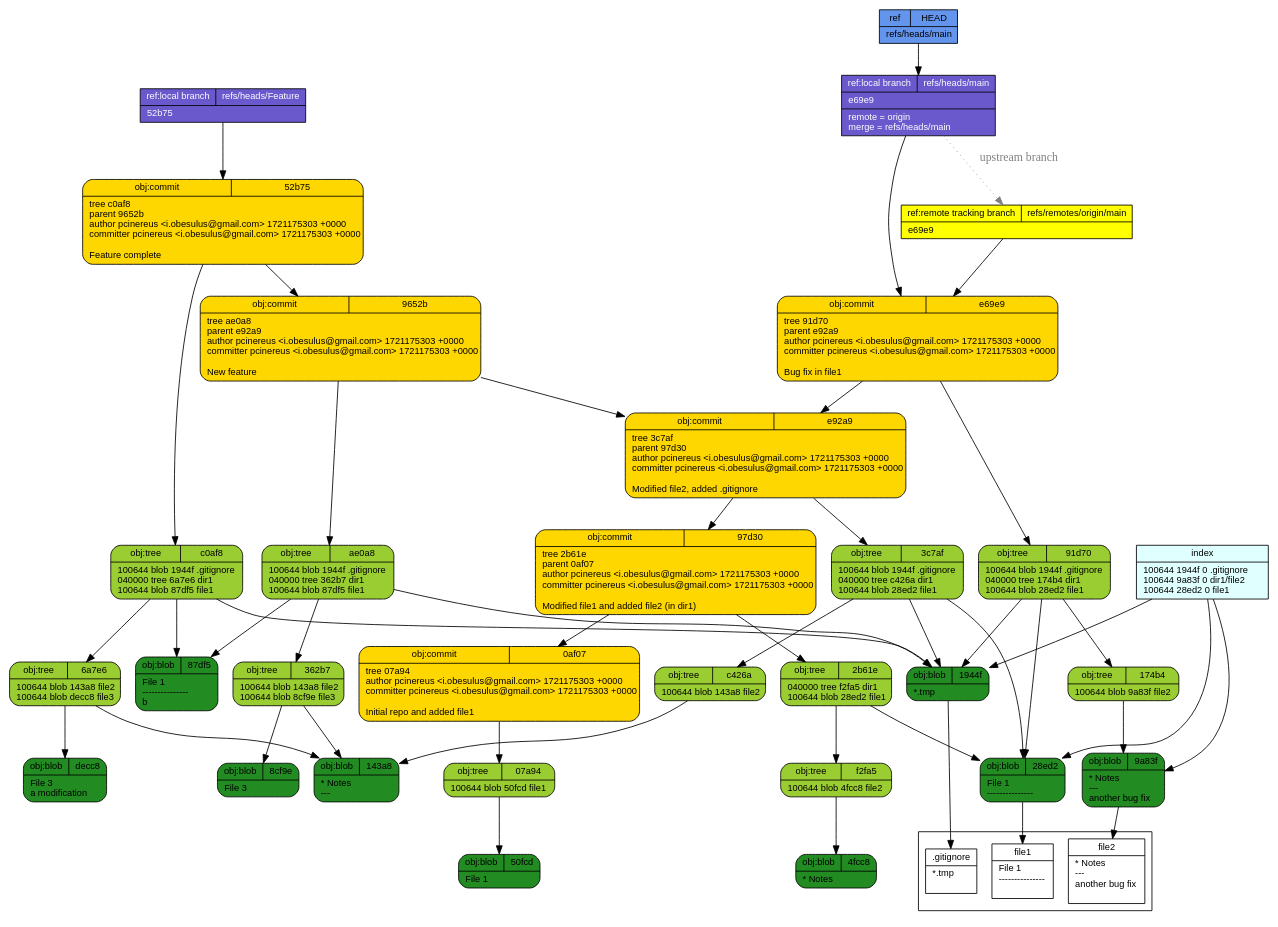
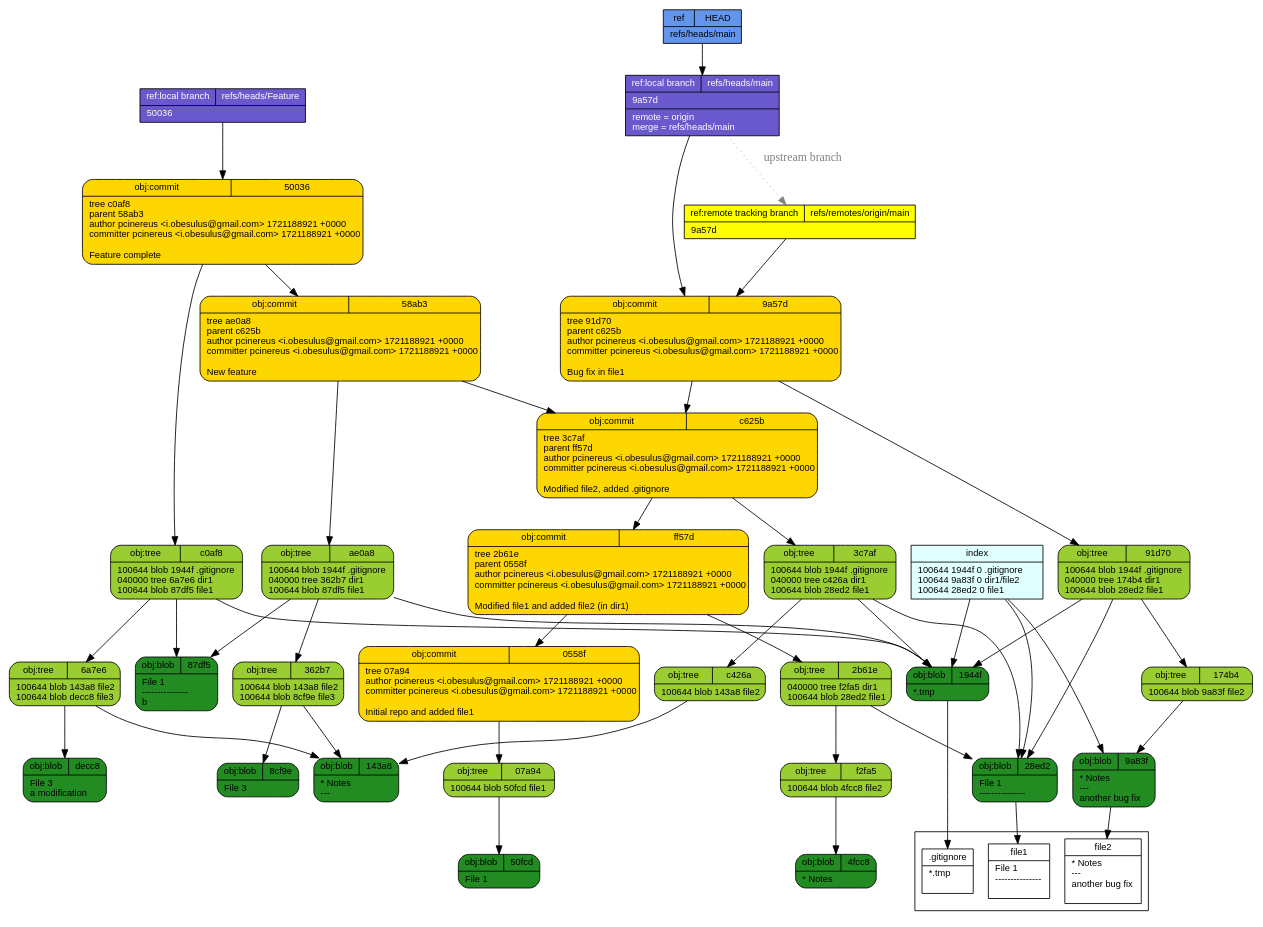
One commit to pcinereus/SUYRs_documents changed the diagram in tut/git-draw.dot. Above: the diagram before and after it, drawn with Graphviz. The commit also changed 608 other files, not shown here.

```diff
--- a/tut/git-draw.dot
+++ b/tut/git-draw.dot
@@ -1,57 +1,57 @@
 digraph structs {
   node [shape=record,fontsize=11,fontname="arial"];
   rankdir="TB";
   _f2fa5 [fillcolor="yellowgreen", style="filled,rounded", label="{{obj:tree|f2fa5}|100644\ blob\ 4fcc8\	file2\l}"]  _f2fa5 -> _4fcc8
-  _9652b [fillcolor="gold", style="filled,rounded", label="{{obj:commit|9652b}|tree\ ae0a8\lparent\ e92a9\lauthor\ pcinereus\ \<i\.obesulus\@gmail\.com\>\ 1721175303\ \+0000\lcommitter\ pcinereus\ \<i\.obesulus\@gmail\.com\>\ 1721175303\ \+0000\l\lNew\ feature\l}"]  _9652b -> _ae0a8
-  _9652b -> _e92a9
-  _0af07 [fillcolor="gold", style="filled,rounded", label="{{obj:commit|0af07}|tree\ 07a94\lauthor\ pcinereus\ \<i\.obesulus\@gmail\.com\>\ 1721175303\ \+0000\lcommitter\ pcinereus\ \<i\.obesulus\@gmail\.com\>\ 1721175303\ \+0000\l\lInitial\ repo\ and\ added\ file1\l}"]  _0af07 -> _07a94
   _07a94 [fillcolor="yellowgreen", style="filled,rounded", label="{{obj:tree|07a94}|100644\ blob\ 50fcd\	file1\l}"]  _07a94 -> _50fcd
   _143a8 [fillcolor="forestgreen", style="filled,rounded", label="{{obj:blob|143a8}|\*\ Notes\l\-\-\-\l}"]  _c0af8 [fillcolor="yellowgreen", style="filled,rounded", label="{{obj:tree|c0af8}|100644\ blob\ 1944f\	\.gitignore\l040000\ tree\ 6a7e6\	dir1\l100644\ blob\ 87df5\	file1\l}"]  _c0af8 -> _1944f
   _c0af8 -> _6a7e6
   _c0af8 -> _87df5
-  _4fcc8 [fillcolor="forestgreen", style="filled,rounded", label="{{obj:blob|4fcc8}|\*\ Notes\l}"]  _e69e9 [fillcolor="gold", style="filled,rounded", label="{{obj:commit|e69e9}|tree\ 91d70\lparent\ e92a9\lauthor\ pcinereus\ \<i\.obesulus\@gmail\.com\>\ 1721175303\ \+0000\lcommitter\ pcinereus\ \<i\.obesulus\@gmail\.com\>\ 1721175303\ \+0000\l\lBug\ fix\ in\ file1\l}"]  _e69e9 -> _91d70
-  _e69e9 -> _e92a9
-  _97d30 [fillcolor="gold", style="filled,rounded", label="{{obj:commit|97d30}|tree\ 2b61e\lparent\ 0af07\lauthor\ pcinereus\ \<i\.obesulus\@gmail\.com\>\ 1721175303\ \+0000\lcommitter\ pcinereus\ \<i\.obesulus\@gmail\.com\>\ 1721175303\ \+0000\l\lModified\ file1\ and\ added\ file2\ \(in\ dir1\)\l}"]  _97d30 -> _2b61e
-  _97d30 -> _0af07
+  _4fcc8 [fillcolor="forestgreen", style="filled,rounded", label="{{obj:blob|4fcc8}|\*\ Notes\l}"]  _58ab3 [fillcolor="gold", style="filled,rounded", label="{{obj:commit|58ab3}|tree\ ae0a8\lparent\ c625b\lauthor\ pcinereus\ \<i\.obesulus\@gmail\.com\>\ 1721188921\ \+0000\lcommitter\ pcinereus\ \<i\.obesulus\@gmail\.com\>\ 1721188921\ \+0000\l\lNew\ feature\l}"]  _58ab3 -> _ae0a8
+  _58ab3 -> _c625b
   _c426a [fillcolor="yellowgreen", style="filled,rounded", label="{{obj:tree|c426a}|100644\ blob\ 143a8\	file2\l}"]  _c426a -> _143a8
-  _1944f [fillcolor="forestgreen", style="filled,rounded", label="{{obj:blob|1944f}|\*\.tmp\l}"]  _50fcd [fillcolor="forestgreen", style="filled,rounded", label="{{obj:blob|50fcd}|File\ 1\l}"]  _8cf9e [fillcolor="forestgreen", style="filled,rounded", label="{{obj:blob|8cf9e}|File\ 3\l}"]  _91d70 [fillcolor="yellowgreen", style="filled,rounded", label="{{obj:tree|91d70}|100644\ blob\ 1944f\	\.gitignore\l040000\ tree\ 174b4\	dir1\l100644\ blob\ 28ed2\	file1\l}"]  _91d70 -> _1944f
+  _1944f [fillcolor="forestgreen", style="filled,rounded", label="{{obj:blob|1944f}|\*\.tmp\l}"]  _50fcd [fillcolor="forestgreen", style="filled,rounded", label="{{obj:blob|50fcd}|File\ 1\l}"]  _50036 [fillcolor="gold", style="filled,rounded", label="{{obj:commit|50036}|tree\ c0af8\lparent\ 58ab3\lauthor\ pcinereus\ \<i\.obesulus\@gmail\.com\>\ 1721188921\ \+0000\lcommitter\ pcinereus\ \<i\.obesulus\@gmail\.com\>\ 1721188921\ \+0000\l\lFeature\ complete\l}"]  _50036 -> _c0af8
+  _50036 -> _58ab3
+  _0558f [fillcolor="gold", style="filled,rounded", label="{{obj:commit|0558f}|tree\ 07a94\lauthor\ pcinereus\ \<i\.obesulus\@gmail\.com\>\ 1721188921\ \+0000\lcommitter\ pcinereus\ \<i\.obesulus\@gmail\.com\>\ 1721188921\ \+0000\l\lInitial\ repo\ and\ added\ file1\l}"]  _0558f -> _07a94
+  _8cf9e [fillcolor="forestgreen", style="filled,rounded", label="{{obj:blob|8cf9e}|File\ 3\l}"]  _91d70 [fillcolor="yellowgreen", style="filled,rounded", label="{{obj:tree|91d70}|100644\ blob\ 1944f\	\.gitignore\l040000\ tree\ 174b4\	dir1\l100644\ blob\ 28ed2\	file1\l}"]  _91d70 -> _1944f
   _91d70 -> _174b4
   _91d70 -> _28ed2
-  _9a83f [fillcolor="forestgreen", style="filled,rounded", label="{{obj:blob|9a83f}|\*\ Notes\l\-\-\-\l\ another\ bug\ fix\l}"]  _ae0a8 [fillcolor="yellowgreen", style="filled,rounded", label="{{obj:tree|ae0a8}|100644\ blob\ 1944f\	\.gitignore\l040000\ tree\ 362b7\	dir1\l100644\ blob\ 87df5\	file1\l}"]  _ae0a8 -> _1944f
+  _9a83f [fillcolor="forestgreen", style="filled,rounded", label="{{obj:blob|9a83f}|\*\ Notes\l\-\-\-\l\ another\ bug\ fix\l}"]  _9a57d [fillcolor="gold", style="filled,rounded", label="{{obj:commit|9a57d}|tree\ 91d70\lparent\ c625b\lauthor\ pcinereus\ \<i\.obesulus\@gmail\.com\>\ 1721188921\ \+0000\lcommitter\ pcinereus\ \<i\.obesulus\@gmail\.com\>\ 1721188921\ \+0000\l\lBug\ fix\ in\ file1\l}"]  _9a57d -> _91d70
+  _9a57d -> _c625b
+  _ae0a8 [fillcolor="yellowgreen", style="filled,rounded", label="{{obj:tree|ae0a8}|100644\ blob\ 1944f\	\.gitignore\l040000\ tree\ 362b7\	dir1\l100644\ blob\ 87df5\	file1\l}"]  _ae0a8 -> _1944f
   _ae0a8 -> _362b7
   _ae0a8 -> _87df5
-  _e92a9 [fillcolor="gold", style="filled,rounded", label="{{obj:commit|e92a9}|tree\ 3c7af\lparent\ 97d30\lauthor\ pcinereus\ \<i\.obesulus\@gmail\.com\>\ 1721175303\ \+0000\lcommitter\ pcinereus\ \<i\.obesulus\@gmail\.com\>\ 1721175303\ \+0000\l\lModified\ file2\,\ added\ \.gitignore\l}"]  _e92a9 -> _3c7af
-  _e92a9 -> _97d30
+  _c625b [fillcolor="gold", style="filled,rounded", label="{{obj:commit|c625b}|tree\ 3c7af\lparent\ ff57d\lauthor\ pcinereus\ \<i\.obesulus\@gmail\.com\>\ 1721188921\ \+0000\lcommitter\ pcinereus\ \<i\.obesulus\@gmail\.com\>\ 1721188921\ \+0000\l\lModified\ file2\,\ added\ \.gitignore\l}"]  _c625b -> _3c7af
+  _c625b -> _ff57d
   _2b61e [fillcolor="yellowgreen", style="filled,rounded", label="{{obj:tree|2b61e}|040000\ tree\ f2fa5\	dir1\l100644\ blob\ 28ed2\	file1\l}"]  _2b61e -> _f2fa5
   _2b61e -> _28ed2
+  _ff57d [fillcolor="gold", style="filled,rounded", label="{{obj:commit|ff57d}|tree\ 2b61e\lparent\ 0558f\lauthor\ pcinereus\ \<i\.obesulus\@gmail\.com\>\ 1721188921\ \+0000\lcommitter\ pcinereus\ \<i\.obesulus\@gmail\.com\>\ 1721188921\ \+0000\l\lModified\ file1\ and\ added\ file2\ \(in\ dir1\)\l}"]  _ff57d -> _2b61e
+  _ff57d -> _0558f
   _87df5 [fillcolor="forestgreen", style="filled,rounded", label="{{obj:blob|87df5}|File\ 1\l\-\-\-\-\-\-\-\-\-\-\-\-\-\-\-\lb\l}"]  _362b7 [fillcolor="yellowgreen", style="filled,rounded", label="{{obj:tree|362b7}|100644\ blob\ 143a8\	file2\l100644\ blob\ 8cf9e\	file3\l}"]  _362b7 -> _143a8
   _362b7 -> _8cf9e
   _3c7af [fillcolor="yellowgreen", style="filled,rounded", label="{{obj:tree|3c7af}|100644\ blob\ 1944f\	\.gitignore\l040000\ tree\ c426a\	dir1\l100644\ blob\ 28ed2\	file1\l}"]  _3c7af -> _1944f
   _3c7af -> _c426a
   _3c7af -> _28ed2
   _28ed2 [fillcolor="forestgreen", style="filled,rounded", label="{{obj:blob|28ed2}|File\ 1\l\-\-\-\-\-\-\-\-\-\-\-\-\-\-\-\l}"]  _6a7e6 [fillcolor="yellowgreen", style="filled,rounded", label="{{obj:tree|6a7e6}|100644\ blob\ 143a8\	file2\l100644\ blob\ decc8\	file3\l}"]  _6a7e6 -> _143a8
   _6a7e6 -> _decc8
   _174b4 [fillcolor="yellowgreen", style="filled,rounded", label="{{obj:tree|174b4}|100644\ blob\ 9a83f\	file2\l}"]  _174b4 -> _9a83f
-  _decc8 [fillcolor="forestgreen", style="filled,rounded", label="{{obj:blob|decc8}|File\ 3\l\ a\ modification\l}"]  _52b75 [fillcolor="gold", style="filled,rounded", label="{{obj:commit|52b75}|tree\ c0af8\lparent\ 9652b\lauthor\ pcinereus\ \<i\.obesulus\@gmail\.com\>\ 1721175303\ \+0000\lcommitter\ pcinereus\ \<i\.obesulus\@gmail\.com\>\ 1721175303\ \+0000\l\lFeature\ complete\l}"]  _52b75 -> _c0af8
-  _52b75 -> _9652b
-  _refs___heads___Feature [style=filled, fillcolor=slateblue3, fontcolor = white,  label="{{ref:local branch|refs\/heads\/Feature}|52b75\l}"]
-  _refs___heads___Feature -> _52b75
+  _decc8 [fillcolor="forestgreen", style="filled,rounded", label="{{obj:blob|decc8}|File\ 3\l\ a\ modification\l}"]  _refs___heads___Feature [style=filled, fillcolor=slateblue3, fontcolor = white,  label="{{ref:local branch|refs\/heads\/Feature}|50036\l}"]
+  _refs___heads___Feature -> _50036
   _refs___heads___main -> _refs___remotes___origin___main [style=dotted, color=gray, fontcolor=gray, label="upstream branch"]
-  _refs___heads___main [style=filled, fillcolor=slateblue3, fontcolor = white,  label="{{ref:local branch|refs\/heads\/main}|e69e9\l|remote\ \=\ origin\lmerge\ \=\ refs\/heads\/main\l}"]
-  _refs___heads___main -> _e69e9
-  _refs___remotes___origin___main [style=filled, fillcolor=yellow, fontcolor = black,  label="{{ref:remote tracking branch|refs\/remotes\/origin\/main}|e69e9\l}"]
-  _refs___remotes___origin___main -> _e69e9
+  _refs___heads___main [style=filled, fillcolor=slateblue3, fontcolor = white,  label="{{ref:local branch|refs\/heads\/main}|9a57d\l|remote\ \=\ origin\lmerge\ \=\ refs\/heads\/main\l}"]
+  _refs___heads___main -> _9a57d
+  _refs___remotes___origin___main [style=filled, fillcolor=yellow, fontcolor = black,  label="{{ref:remote tracking branch|refs\/remotes\/origin\/main}|9a57d\l}"]
+  _refs___remotes___origin___main -> _9a57d
   _HEAD [style=filled, fillcolor=cornflowerblue, fontcolor=black,  label="{{ref|HEAD}|refs\/heads\/main\l}"]
   _HEAD -> _refs___heads___main
   index -> _1944f
   index -> _9a83f
   index -> _28ed2
   index [style=filled, fillcolor=lightcyan, label="{{index}|100644\ 1944f\ 0\	\.gitignore\l100644\ 9a83f\ 0\	dir1\/file2\l100644\ 28ed2\ 0\	file1\l}"]
 subgraph cluster_1 {rank=sink  _gitignore [fillcolor="white", label="{{.gitignore}|*.tmp\l\l}"] 
   _file2 [fillcolor="white", label="{{file2}|* Notes\l---\l another bug fix\l\l}"] 
   _file1 [fillcolor="white", label="{{file1}|File 1\l---------------\l\l}"] 
 }
  _1944f -> _gitignore
  _9a83f -> _file2
  _28ed2 -> _file1
 }
```
